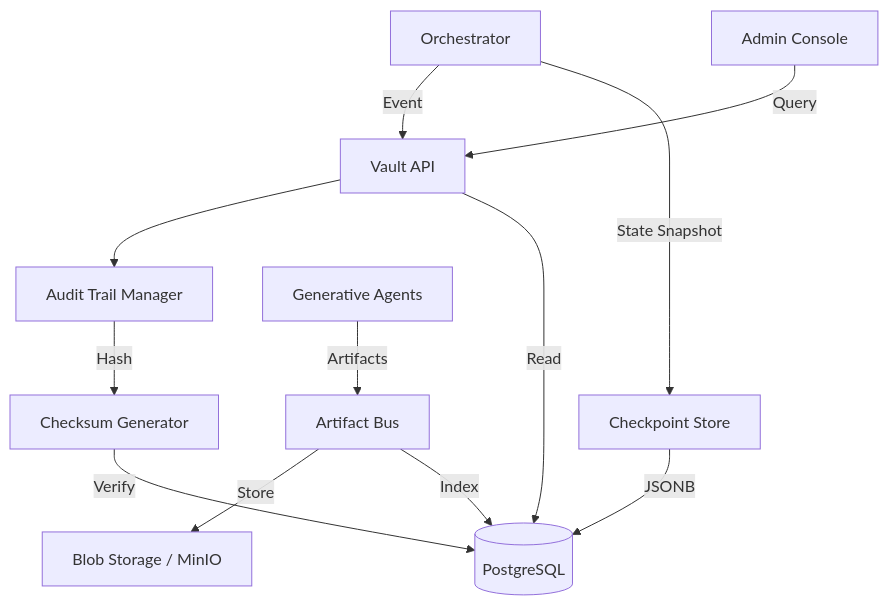
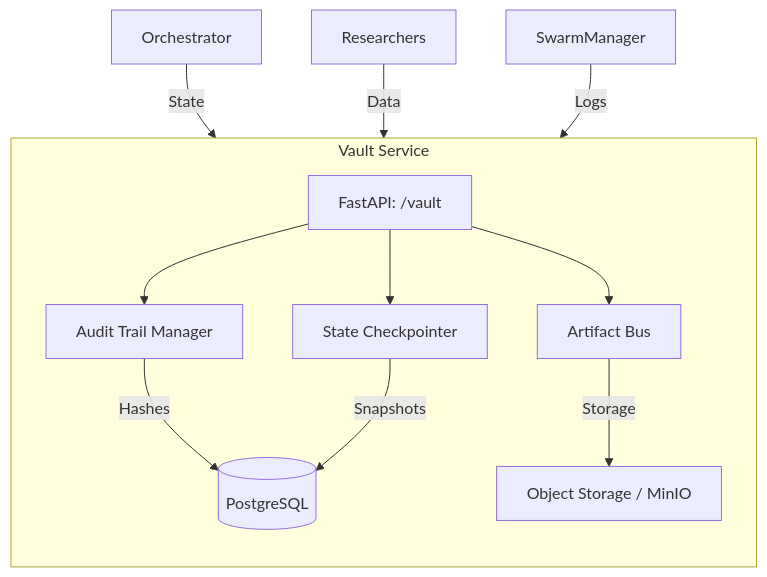
One commit to azzindani/Kea changed the diagram in services/vault/README.md. Above: the diagram before and after it, drawn with Mermaid. The commit also changed other lines of this file and 22 other files, not shown here.

Commit message:
feat: Establish initial project architecture and comprehensive module documentation across kernel and services.

````diff
--- a/services/vault/README.md
+++ b/services/vault/README.md
@@ -23,17 +9,17 @@
 ```mermaid
 graph TD
-    Orch[Orchestrator] -->|Event| API[Vault API]
-    API --> Trail[Audit Trail Manager]
-    Trail -->|Hash| Checksum[Checksum Generator]
-    Checksum -->|Verify| Postgres[(PostgreSQL)]
-    
-    Orch -->|State Snapshot| Checkpoint[Checkpoint Store]
-    Checkpoint -->|JSONB| Postgres
-    
-    Nodes[Generative Agents] -->|Artifacts| Bus[Artifact Bus]
-    Bus -->|Store| S3[Blob Storage / MinIO]
-    Bus -->|Index| Postgres
-    
-    Admin[Admin Console] -->|Query| API
-    API -->|Read| Postgres
+    subgraph Vault [Vault Service]
+        direction TB
+        API[FastAPI: /vault] --> Trail[Audit Trail Manager]
+        API --> Checkpoint[State Checkpointer]
+        API --> Bus[Artifact Bus]
+        
+        Trail -->|Hashes| Postgres[(PostgreSQL)]
+        Checkpoint -->|Snapshots| Postgres
+        Bus -->|Storage| S3[Object Storage / MinIO]
+    end
+
+    Orchestrator -->|State| Checkpoint
+    Researchers -->|Data| Bus
+    SwarmManager -->|Logs| Trail
 ```
````
